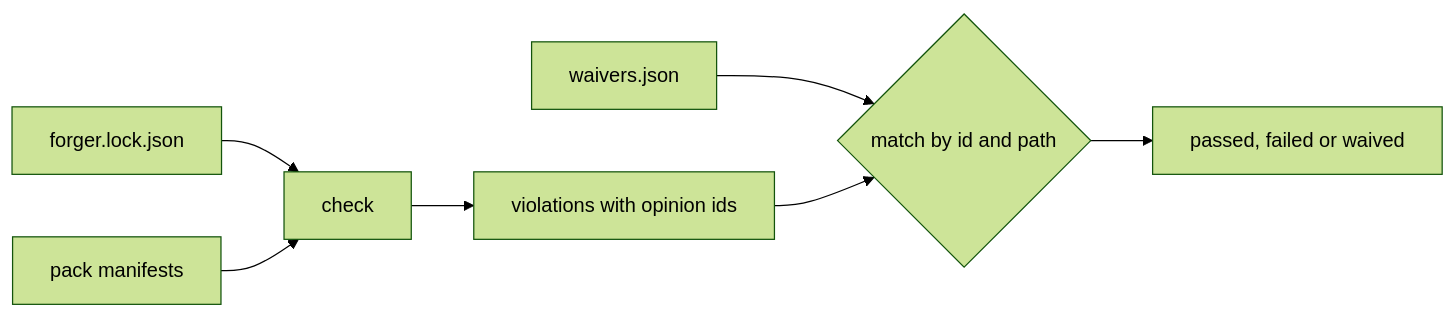
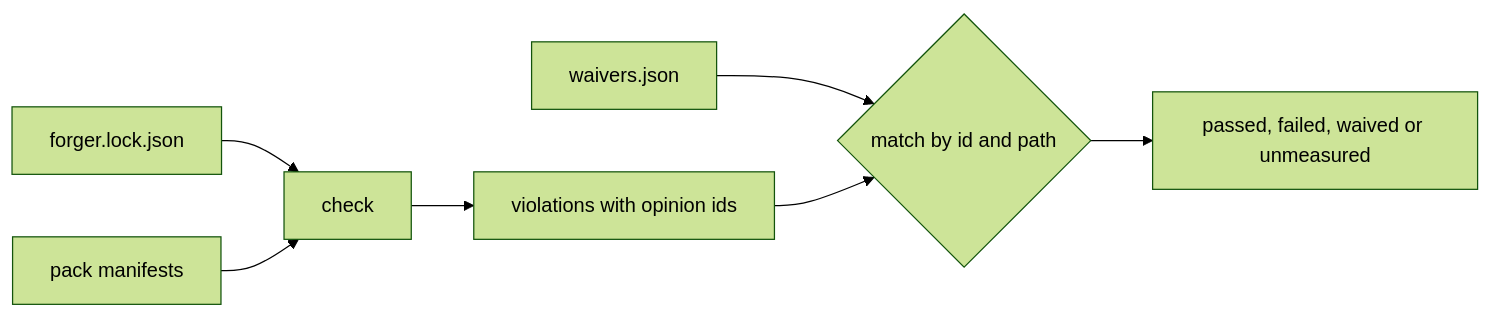
One commit to diegoaltoworks/forger changed the second of 3 diagrams in docs/08-opinion-packs.md. Above: the diagram before and after it, drawn with Mermaid (forest theme). The commit also changed other lines of this file and 8 other files, not shown here.

````diff
--- a/docs/08-opinion-packs.md
+++ b/docs/08-opinion-packs.md
@@ -42,9 +42,9 @@
 ```mermaid
 flowchart LR
     L[forger.lock.json] --> C[check]
     P[pack manifests] --> C
     C --> V[violations with opinion ids]
     W[waivers.json] --> M{match by id and path}
     V --> M
-    M --> R[passed, failed or waived]
+    M --> R[passed, failed, waived or unmeasured]
 ```
````
